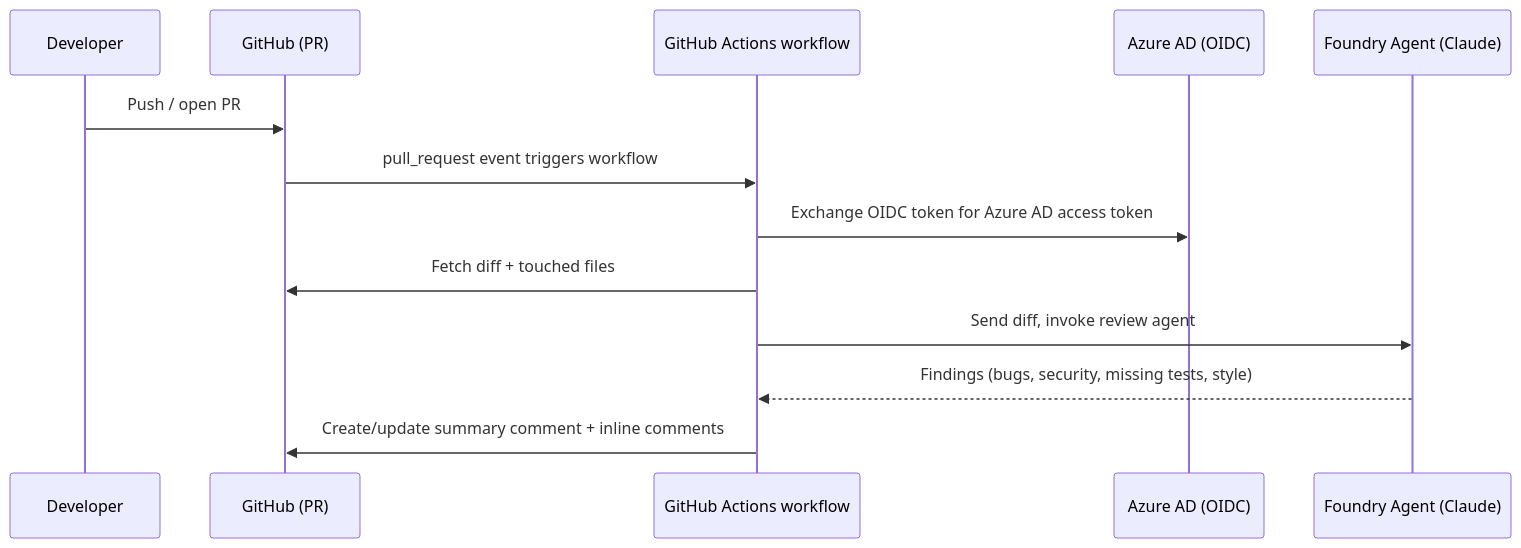
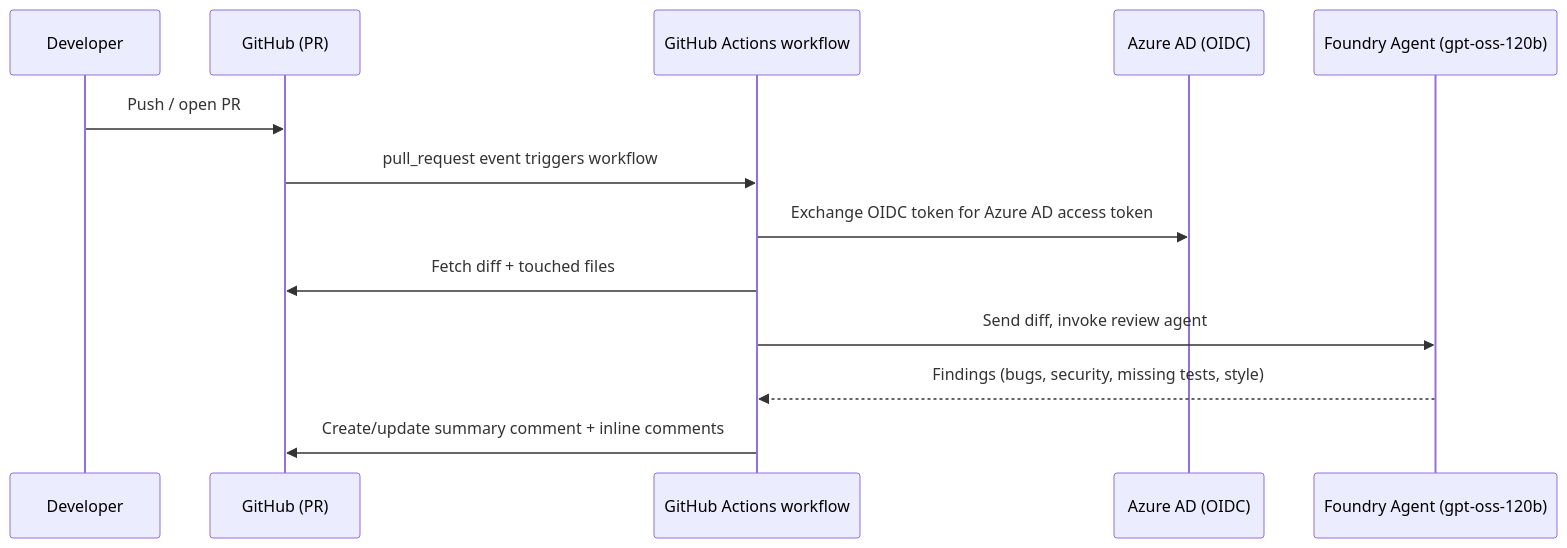
The diagram in architecture.md (antonmelehov/mr-reviewer), drawn with Mermaid before and after one commit. The commit also changed other lines of this file and 4 other files, not shown here.

Commit message:
update README and architecture documentation to reflect model changes; add ADR-008 for primary model selection under subscription quota constraints

````diff
--- a/architecture.md
+++ b/architecture.md
@@ -18,16 +18,16 @@
 ```mermaid
 sequenceDiagram
     participant Dev as Developer
     participant GH as GitHub (PR)
     participant GA as GitHub Actions workflow
     participant AAD as Azure AD (OIDC)
-    participant Foundry as Foundry Agent (Claude)
+    participant Foundry as Foundry Agent (gpt-oss-120b)
 
     Dev->>GH: Push / open PR
     GH->>GA: pull_request event triggers workflow
     GA->>AAD: Exchange OIDC token for Azure AD access token
     GA->>GH: Fetch diff + touched files
     GA->>Foundry: Send diff, invoke review agent
     Foundry-->>GA: Findings (bugs, security, missing tests, style)
     GA->>GH: Create/update summary comment + inline comments
 ```
````
